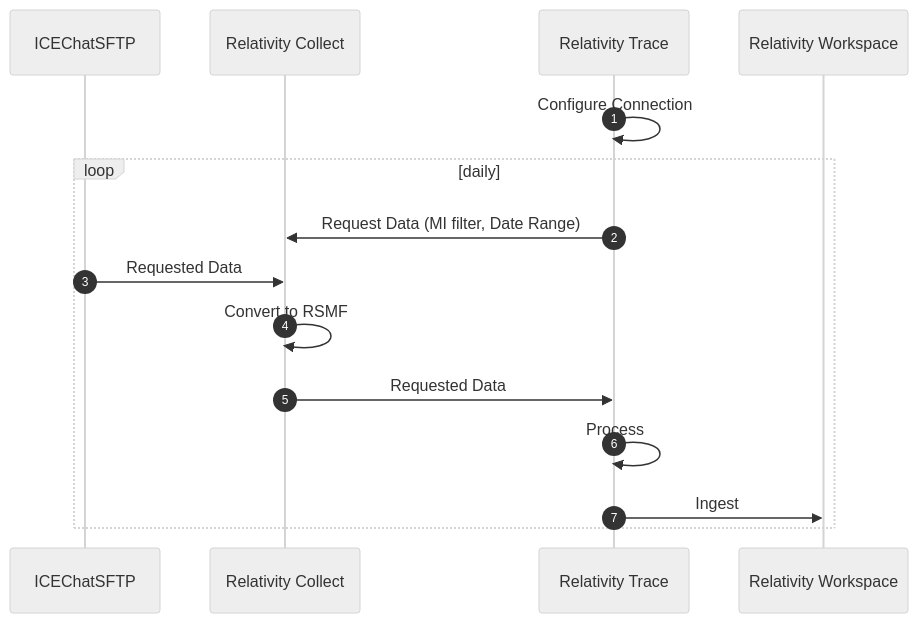
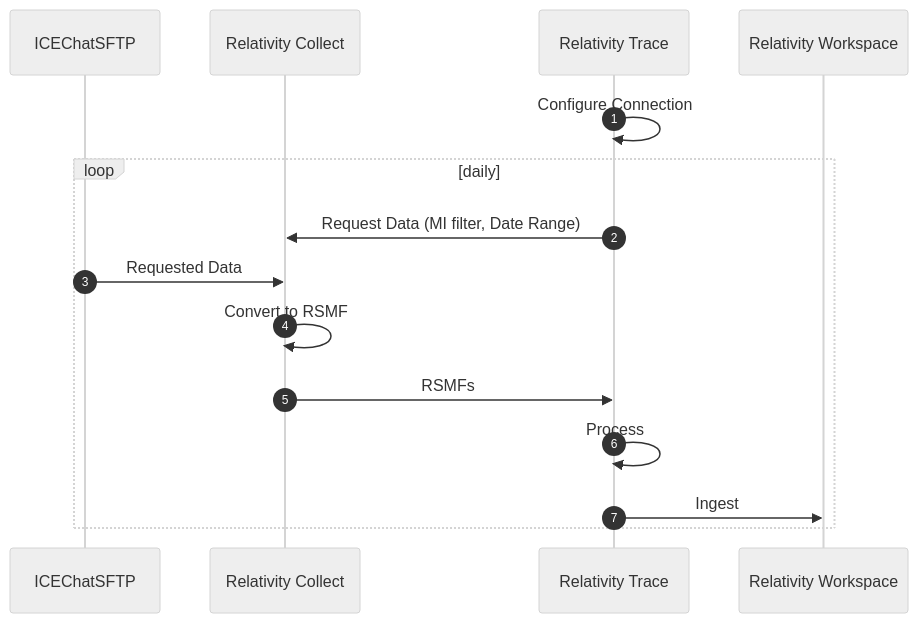
Before and after one commit to relativitydev/relativity-trace-documentation: the diagram in docs/administrator_guide/collection/all_data_sources/chat_data_sources/ice_chat_via_collect.md, drawn with Mermaid (neutral theme).

````diff
--- a/docs/administrator_guide/collection/all_data_sources/chat_data_sources/ice_chat_via_collect.md
+++ b/docs/administrator_guide/collection/all_data_sources/chat_data_sources/ice_chat_via_collect.md
@@ -22,19 +22,19 @@
 ```mermaid
 sequenceDiagram
     autonumber
 
     participant ICEChatSFTP
     participant Relativity Collect
     participant Relativity Trace
     participant Relativity Workspace
 
     Relativity Trace->>Relativity Trace: Configure Connection
     loop daily
         Relativity Trace->>Relativity Collect: Request Data (MI filter, Date Range)
         ICEChatSFTP->>Relativity Collect: Requested Data
         Relativity Collect->>Relativity Collect: Convert to RSMF
-        Relativity Collect->>Relativity Trace: Requested Data
+        Relativity Collect->>Relativity Trace: RSMFs
         Relativity Trace->>Relativity Trace: Process
         Relativity Trace->>Relativity Workspace: Ingest
     end
 ```
````
